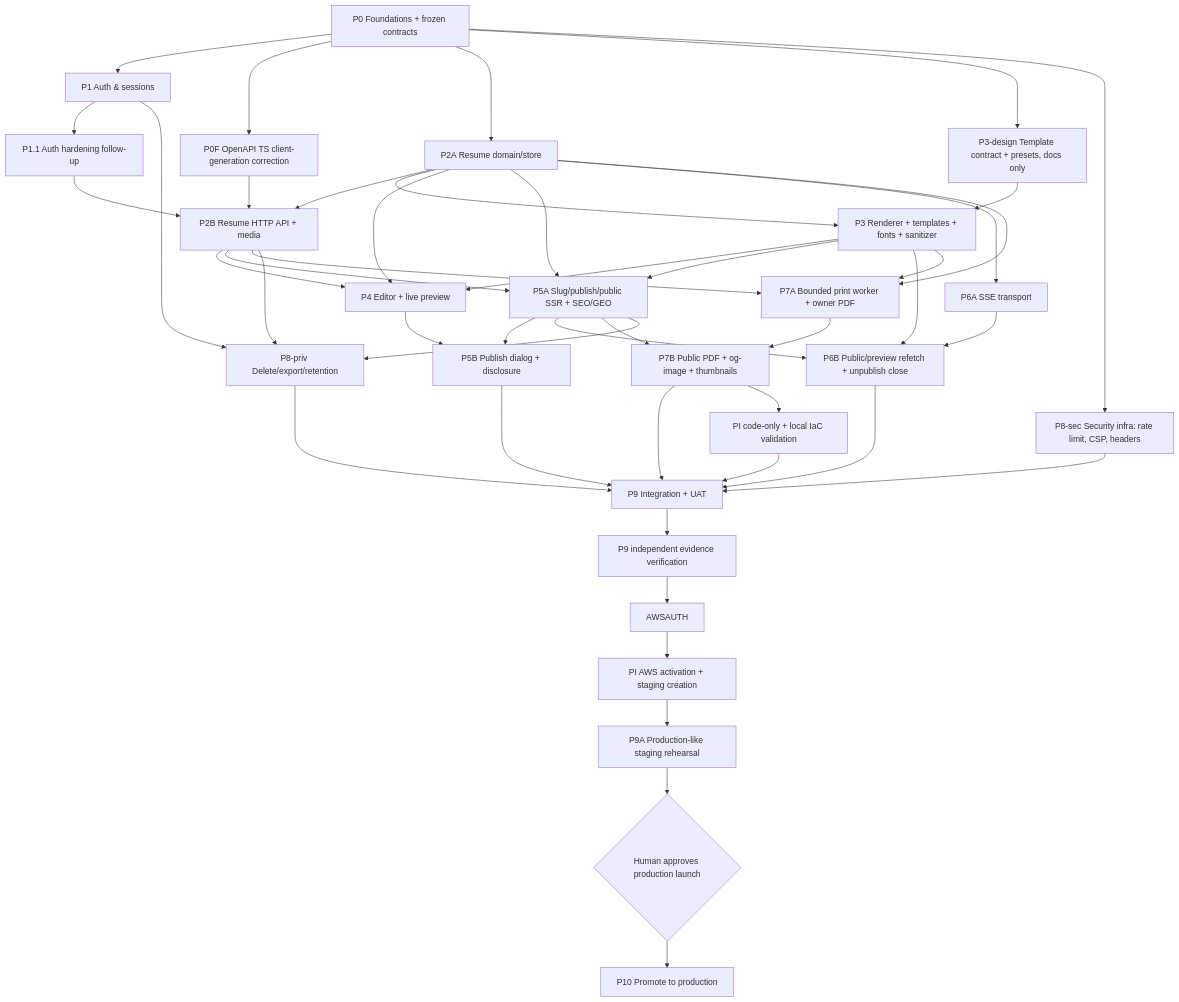
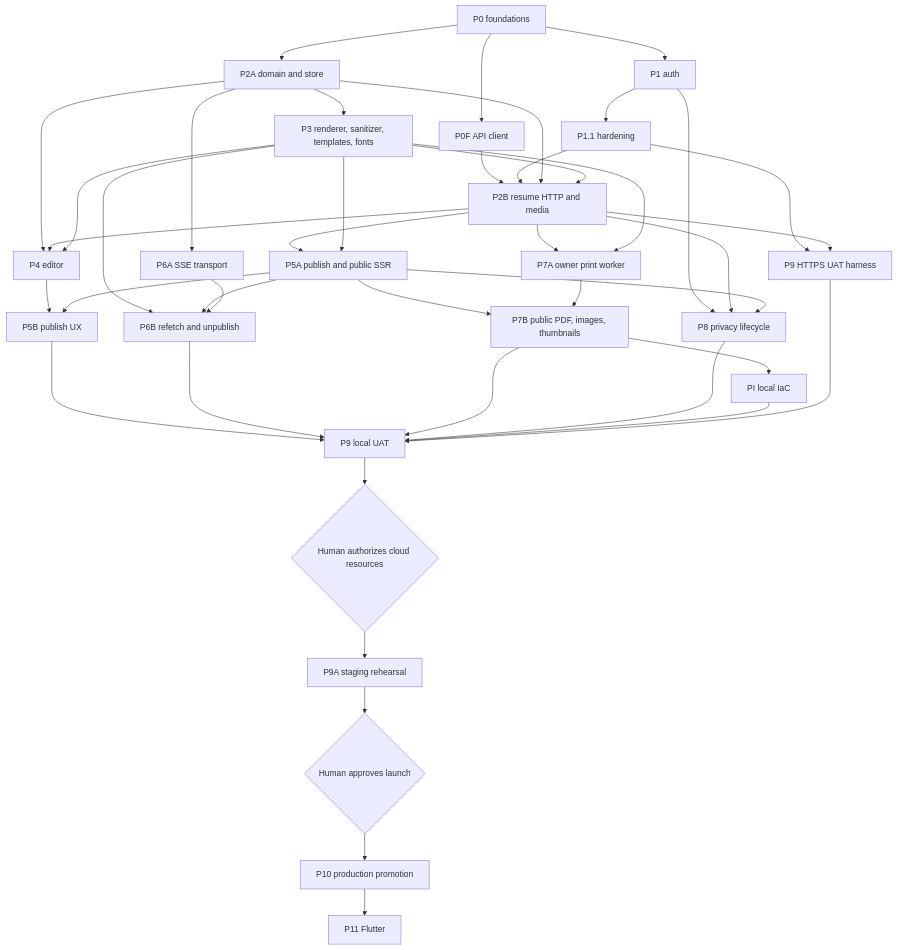
The diagram in docs/plans/implementation-plan.md (dannyota/aboutme), drawn with Mermaid before and after one commit. The commit also changed other lines of this file and 282 other files, not shown here.

````diff
--- a/docs/plans/implementation-plan.md
+++ b/docs/plans/implementation-plan.md
@@ -174,47 +68,44 @@
 ```mermaid
 graph TD
-    P0[P0 Foundations + frozen contracts] --> P1[P1 Auth & sessions]
-    P0 --> P0F[P0F OpenAPI TS client-generation correction]
-    P1 --> P1F[P1.1 Auth hardening follow-up]
-    P0 --> P2A[P2A Resume domain/store]
-    P1F --> P2B[P2B Resume HTTP API + media]
-    P0F --> P2B
+    P0[P0 foundations] --> P0F[P0F API client]
+    P0 --> P1[P1 auth]
+    P1 --> P11[P1.1 hardening]
+    P11 --> P9H[P9 HTTPS UAT harness]
+    P0 --> P2A[P2A domain and store]
+    P2A --> P3[P3 renderer, sanitizer, templates, fonts]
+    P0F --> P2B[P2B resume HTTP and media]
+    P11 --> P2B
     P2A --> P2B
-    P0 --> P3D[P3-design Template contract + presets, docs only]
-    P3D --> P3[P3 Renderer + templates + fonts + sanitizer]
-    P2A --> P3
-    P2A --> P4[P4 Editor + live preview]
+    P3 --> P2B
+    P2B --> P9H
+    P2A --> P4[P4 editor]
     P2B --> P4
     P3 --> P4
-    P2A --> P5A[P5A Slug/publish/public SSR + SEO/GEO]
-    P2B --> P5A
+    P2B --> P5A[P5A publish and public SSR]
     P3 --> P5A
-    P4 --> P5B[P5B Publish dialog + disclosure]
+    P4 --> P5B[P5B publish UX]
     P5A --> P5B
     P2A --> P6A[P6A SSE transport]
-    P3 --> P6B[P6B Public/preview refetch + unpublish close]
+    P3 --> P6B[P6B refetch and unpublish]
     P5A --> P6B
     P6A --> P6B
-    P2A --> P7A[P7A Bounded print worker + owner PDF]
-    P2B --> P7A
+    P2B --> P7A[P7A owner print worker]
     P3 --> P7A
-    P5A --> P7B[P7B Public PDF + og-image + thumbnails]
+    P5A --> P7B[P7B public PDF, images, thumbnails]
     P7A --> P7B
-    P0 --> P8S[P8-sec Security infra: rate limit, CSP, headers]
-    P8S --> P9
-    P1 --> P8P[P8-priv Delete/export/retention]
+    P1 --> P8P[P8 privacy lifecycle]
     P2B --> P8P
     P5A --> P8P
-    P5B --> P9[P9 Integration + UAT]
+    P7B --> PI[PI local IaC]
+    P5B --> P9[P9 local UAT]
     P6B --> P9
     P7B --> P9
     P8P --> P9
-    P7B --> PIC[PI code-only + local IaC validation]
-    PIC --> P9
-    P9 --> EV[P9 independent evidence verification]
-    EV --> AWSAUTH
-    AWSAUTH --> PIA[PI AWS activation + staging creation]
-    PIA --> P9A[P9A Production-like staging rehearsal]
-    P9A --> PRODAUTH{Human approves production launch}
-    PRODAUTH --> P10[P10 Promote to production]
+    PI --> P9
+    P9H --> P9
+    P9 --> AUTH{Human authorizes cloud resources}
+    AUTH --> P9A[P9A staging rehearsal]
+    P9A --> LAUNCH{Human approves launch}
+    LAUNCH --> P10[P10 production promotion]
+    P10 --> P11M[P11 Flutter]
 ```
````
